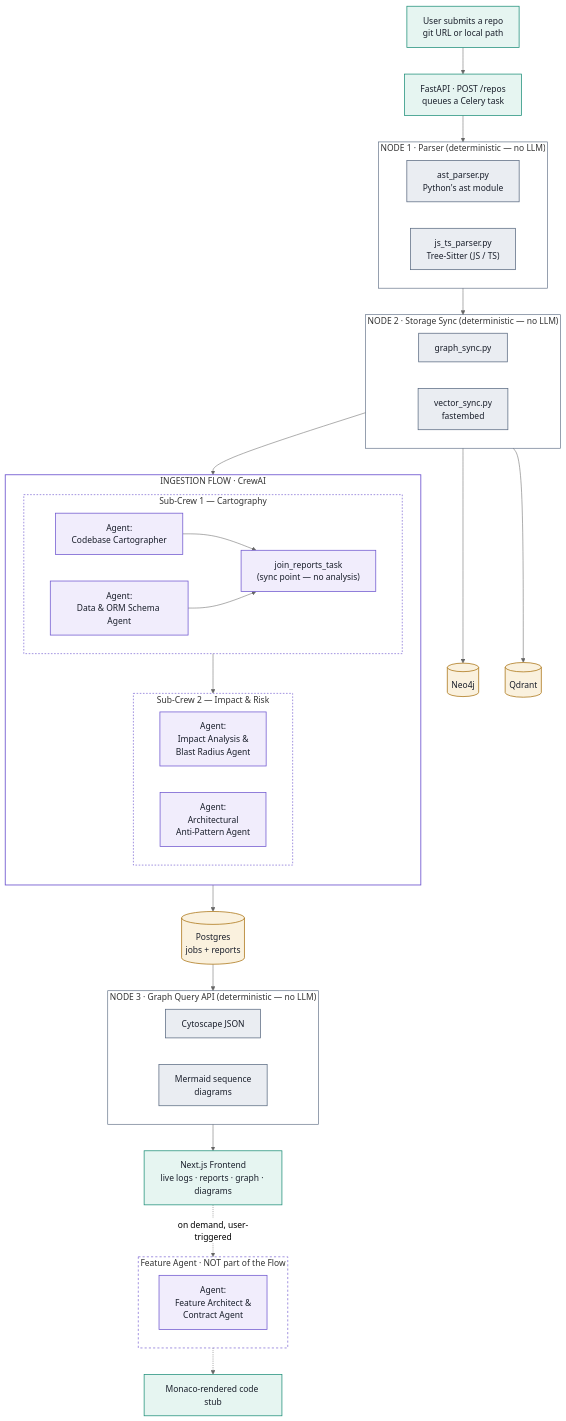
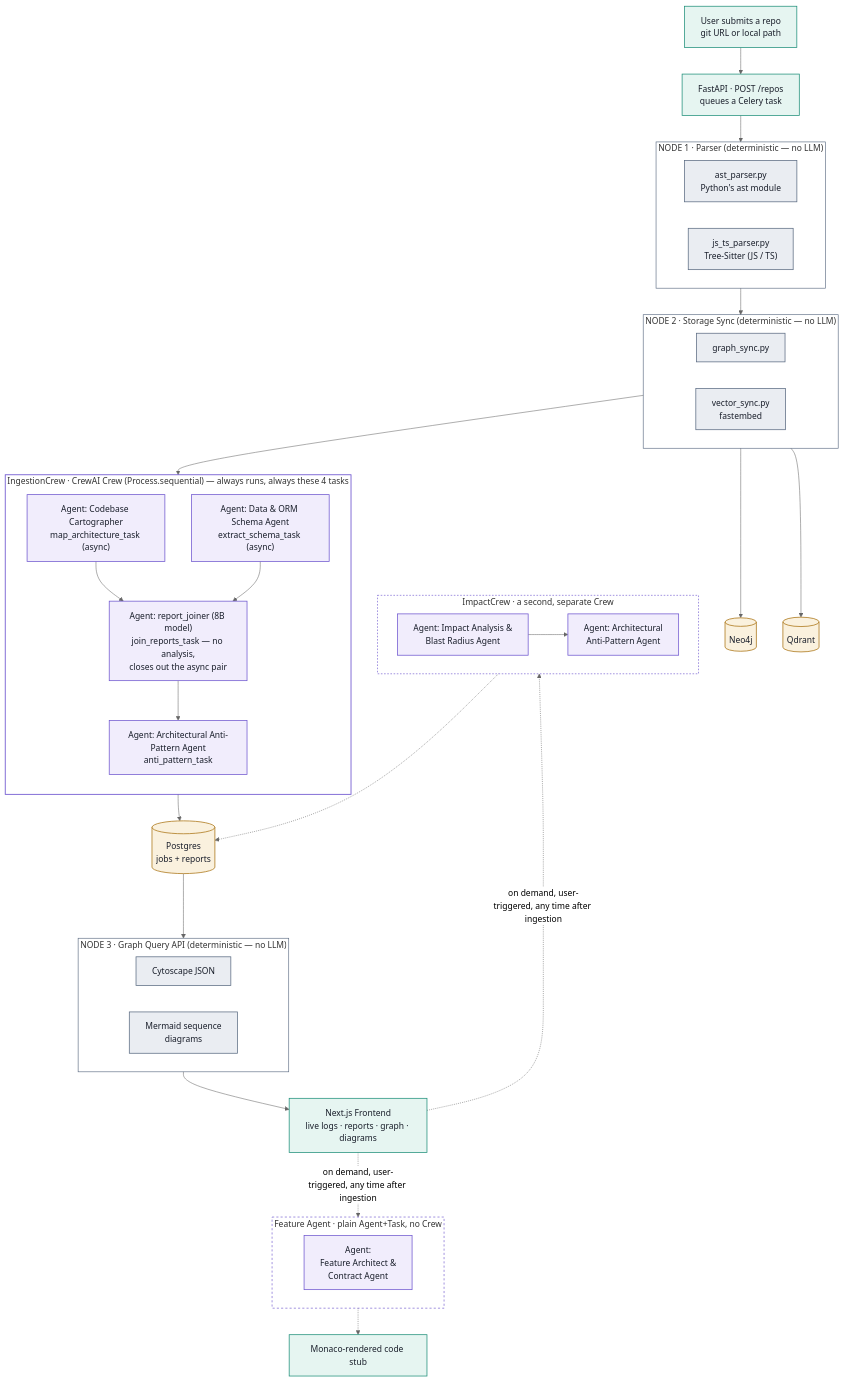
The diagram in README.md (IfBilal/CodeGrapher), drawn with Mermaid (neutral theme) before and after one commit. The commit also changed other lines of this file and 19 other files, not shown here.

First line of the commit message:
Merge Cartography + Anti-Pattern into one IngestionCrew, drop the Flow

````diff
--- a/README.md
+++ b/README.md
@@ -37,80 +38,78 @@
 ```mermaid
 flowchart TD
     U["User submits a repo<br/>git URL or local path"]:::io
     U --> API["FastAPI · POST /repos<br/>queues a Celery task"]:::io
 
     API --> N1
 
     subgraph N1["NODE 1 · Parser  (deterministic — no LLM)"]
       direction LR
       N1A["ast_parser.py<br/>Python's ast module"]:::mech
       N1B["js_ts_parser.py<br/>Tree-Sitter (JS / TS)"]:::mech
     end
 
     N1 --> N2
 
     subgraph N2["NODE 2 · Storage Sync  (deterministic — no LLM)"]
       direction LR
       N2A["graph_sync.py"]:::mech
       N2B["vector_sync.py<br/>fastembed"]:::mech
     end
 
     N2A --> NEO[("Neo4j")]:::data
     N2B --> QD[("Qdrant")]:::data
 
-    N2 --> FLOW
+    N2 --> CREW
 
-    subgraph FLOW["INGESTION FLOW · CrewAI"]
+    subgraph CREW["IngestionCrew · CrewAI Crew (Process.sequential) — always runs, always these 4 tasks"]
       direction TB
-
-      subgraph SC1["Sub-Crew 1 — Cartography"]
-        direction LR
-        AG1["Agent:<br/>Codebase Cartographer"]:::agent
-        AG2["Agent:<br/>Data & ORM Schema Agent"]:::agent
-        JN["join_reports_task<br/>(sync point — no analysis)"]:::agent
-        AG1 --> JN
-        AG2 --> JN
-      end
-
-      subgraph SC2["Sub-Crew 2 — Impact & Risk"]
-        direction LR
-        AG3["Agent:<br/>Impact Analysis &<br/>Blast Radius Agent"]:::agent
-        AG4["Agent:<br/>Architectural<br/>Anti-Pattern Agent"]:::agent
-      end
-
-      SC1 --> SC2
+      AG1["Agent: Codebase Cartographer<br/>map_architecture_task (async)"]:::agent
+      AG2["Agent: Data & ORM Schema Agent<br/>extract_schema_task (async)"]:::agent
+      JN["Agent: report_joiner (8B model)<br/>join_reports_task — no analysis,<br/>closes out the async pair"]:::agent
+      AG4["Agent: Architectural Anti-Pattern Agent<br/>anti_pattern_task"]:::agent
+      AG1 --> JN
+      AG2 --> JN
+      JN --> AG4
     end
 
-    FLOW --> PG[("Postgres<br/>jobs + reports")]:::data
+    CREW --> PG[("Postgres<br/>jobs + reports")]:::data
 
     PG --> N3
 
     subgraph N3["NODE 3 · Graph Query API  (deterministic — no LLM)"]
       direction LR
       N3A["Cytoscape JSON"]:::mech
       N3B["Mermaid sequence<br/>diagrams"]:::mech
     end
 
     N3 --> UI["Next.js Frontend<br/>live logs · reports · graph · diagrams"]:::io
 
-    UI -.->|"on demand, user-triggered"| SC3
+    UI -.->|"on demand, user-triggered, any time after ingestion"| SC2
+    UI -.->|"on demand, user-triggered, any time after ingestion"| SC3
 
-    subgraph SC3["Feature Agent · NOT part of the Flow"]
+    subgraph SC2["ImpactCrew · a second, separate Crew"]
+      direction LR
+      AG3["Agent: Impact Analysis &<br/>Blast Radius Agent"]:::agent
+      AG3B["Agent: Architectural<br/>Anti-Pattern Agent"]:::agent
+      AG3 --> AG3B
+    end
+
+    subgraph SC3["Feature Agent · plain Agent+Task, no Crew"]
       AG5["Agent:<br/>Feature Architect &<br/>Contract Agent"]:::agent
     end
 
+    SC2 -.-> PG
     SC3 -.-> STUB["Monaco-rendered code stub"]:::io
 
     classDef mech fill:#eaedf2,stroke:#5b6b82,color:#1a1f2b,stroke-width:1.4px
     classDef agent fill:#f1edfc,stroke:#6e56cf,color:#1a1f2b,stroke-width:1.4px
     classDef data fill:#faf1de,stroke:#a8710f,color:#1a1f2b,stroke-width:1.4px
     classDef io fill:#e6f5f1,stroke:#1e8f79,color:#1a1f2b,stroke-width:1.4px
 
     style N1 fill:none,stroke:#5b6b82,stroke-width:1.2px
     style N2 fill:none,stroke:#5b6b82,stroke-width:1.2px
     style N3 fill:none,stroke:#5b6b82,stroke-width:1.2px
-    style FLOW fill:none,stroke:#6e56cf,stroke-width:1.6px
-    style SC1 fill:none,stroke:#6e56cf,stroke-width:1.2px,stroke-dasharray:3 3
+    style CREW fill:none,stroke:#6e56cf,stroke-width:1.6px
     style SC2 fill:none,stroke:#6e56cf,stroke-width:1.2px,stroke-dasharray:3 3
     style SC3 fill:none,stroke:#6e56cf,stroke-width:1.2px,stroke-dasharray:4 4
 ```
````
